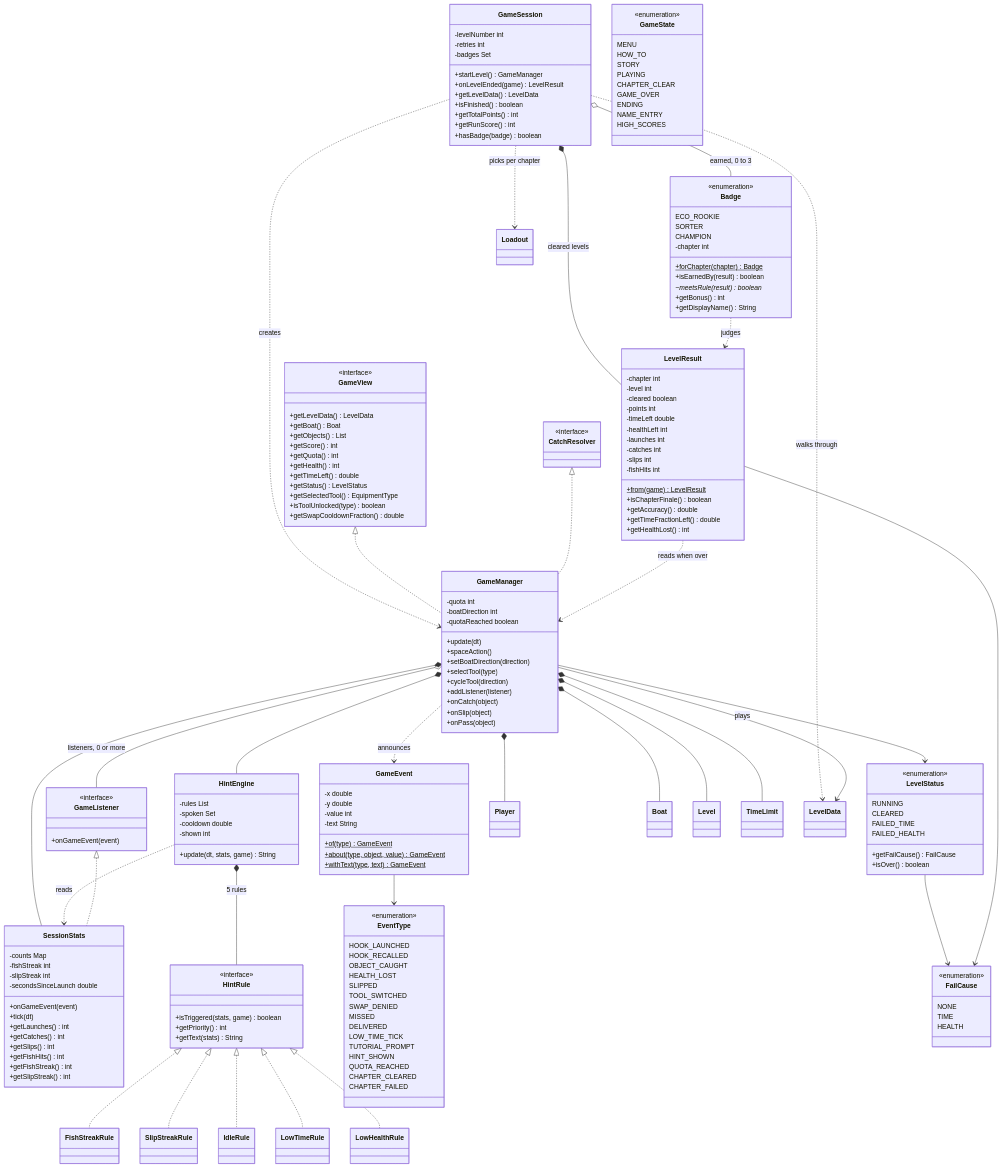
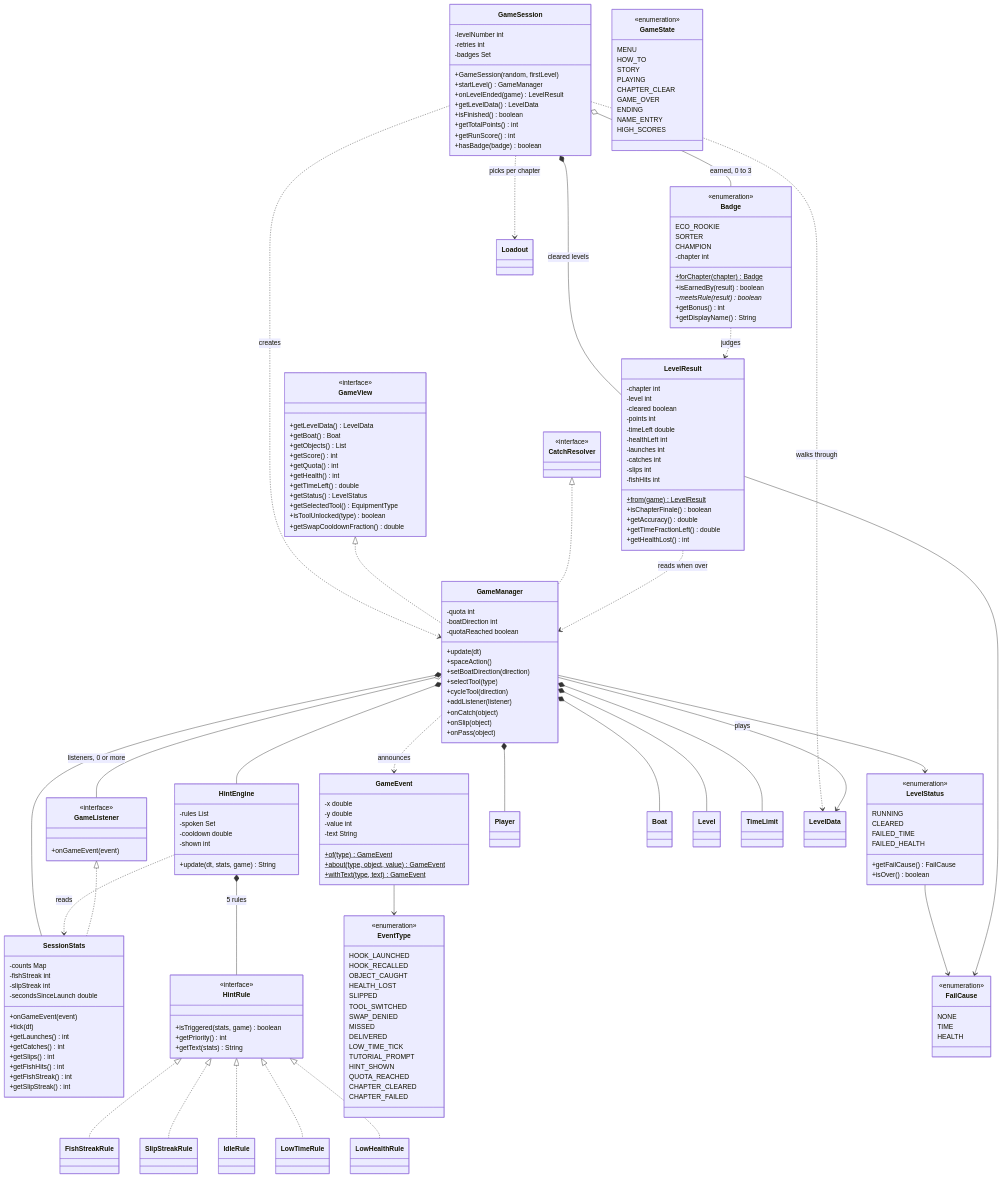
The fourth of 7 diagrams in docs/class-diagram.md (NJJAV33/Fish2trash), drawn with Mermaid before and after one commit. The commit also changed other lines of this file and 22 other files, not shown here.

```diff
--- a/docs/class-diagram.md
+++ b/docs/class-diagram.md
@@ -370,6 +370,7 @@
         -levelNumber int
         -retries int
         -badges Set
+        +GameSession(random, firstLevel)
         +startLevel() GameManager
         +onLevelEnded(game) LevelResult
         +getLevelData() LevelData
```
